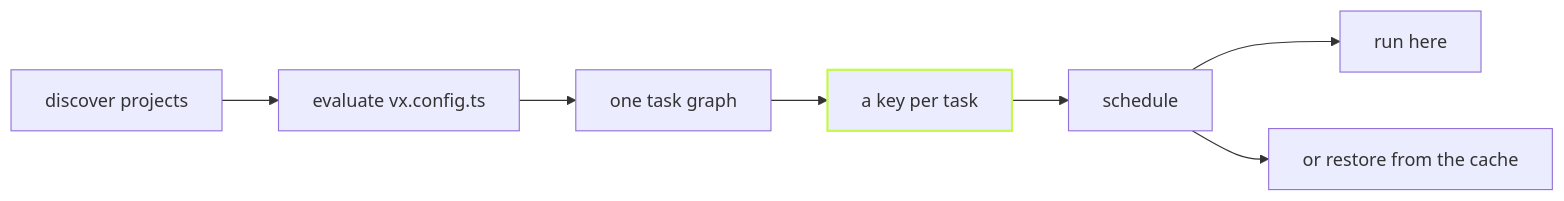
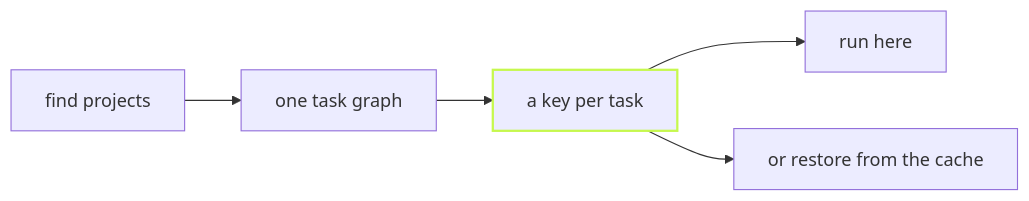
One commit to vznjs/vx changed the diagram in private/vx-docs/src/content/docs/blog/hello-vx.md. Above: the diagram before and after it, drawn with Mermaid. The commit also changed other lines of this file and 3 other files, not shown here.

````diff
--- a/private/vx-docs/src/content/docs/blog/hello-vx.md
+++ b/private/vx-docs/src/content/docs/blog/hello-vx.md
@@ -15,10 +15,8 @@
 ```mermaid
 flowchart LR
-  D[discover projects] --> C[evaluate vx.config.ts]
-  C --> G[one task graph]
+  D[find projects] --> G[one task graph]
   G --> K[a key per task]
-  K --> S[schedule]
-  S --> R[run here]
-  S --> X[or restore from the cache]
+  K --> R[run here]
+  K --> X[or restore from the cache]
   style K stroke:#c6f84e,stroke-width:2px
 ```
````
